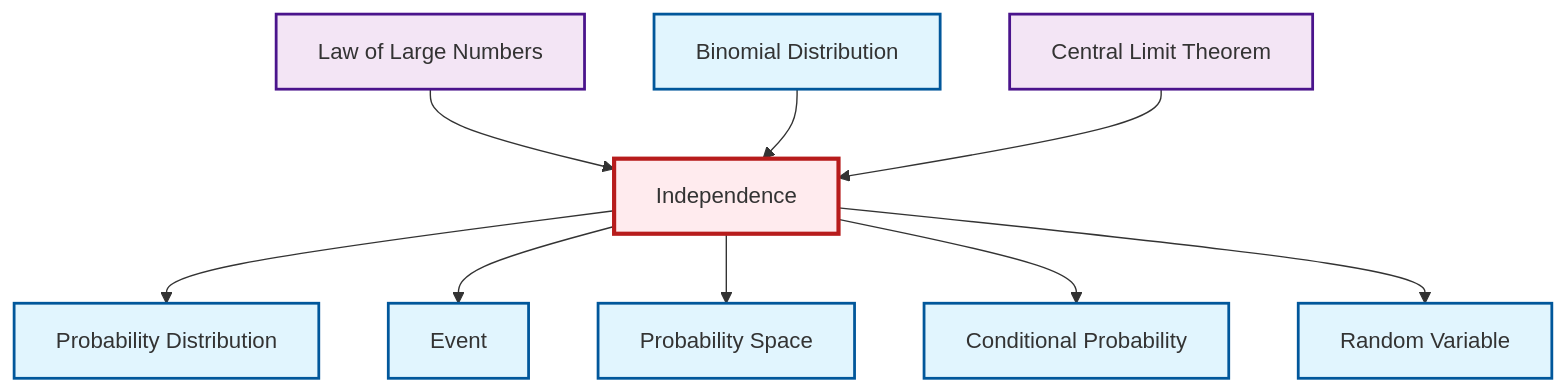
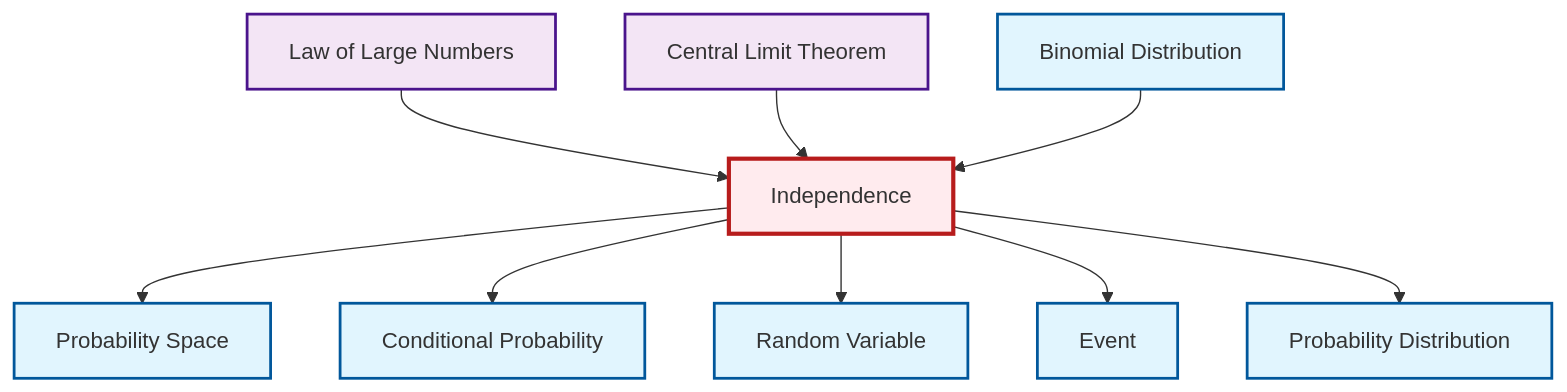
The diagram in output/mermaid/en/def-independence.mermaid (RK0429/ModernMath), drawn with Mermaid before and after one commit. The commit also changed other lines of this file and 3216 other files, not shown here.

```diff
--- a/output/mermaid/en/def-independence.mermaid
+++ b/output/mermaid/en/def-independence.mermaid
@@ -1,24 +1,24 @@
 graph TD
     classDef definition fill:#e1f5fe,stroke:#01579b,stroke-width:2px
     classDef theorem fill:#f3e5f5,stroke:#4a148c,stroke-width:2px
     classDef axiom fill:#fff3e0,stroke:#e65100,stroke-width:2px
     classDef example fill:#e8f5e9,stroke:#1b5e20,stroke-width:2px
     classDef current fill:#ffebee,stroke:#b71c1c,stroke-width:3px
+    def-independence["Independence"]:::definition
+    thm-law-of-large-numbers["Law of Large Numbers"]:::theorem
     def-binomial-distribution["Binomial Distribution"]:::definition
+    def-conditional-probability["Conditional Probability"]:::definition
     def-event["Event"]:::definition
+    def-random-variable["Random Variable"]:::definition
+    def-probability-distribution["Probability Distribution"]:::definition
     def-probability-space["Probability Space"]:::definition
-    thm-law-of-large-numbers["Law of Large Numbers"]:::theorem
-    def-independence["Independence"]:::definition
-    def-conditional-probability["Conditional Probability"]:::definition
-    def-probability-distribution["Probability Distribution"]:::definition
-    def-random-variable["Random Variable"]:::definition
     thm-central-limit["Central Limit Theorem"]:::theorem
+    def-independence --> def-probability-space
+    thm-law-of-large-numbers --> def-independence
+    def-independence --> def-conditional-probability
+    thm-central-limit --> def-independence
+    def-binomial-distribution --> def-independence
+    def-independence --> def-random-variable
+    def-independence --> def-event
     def-independence --> def-probability-distribution
-    def-independence --> def-event
-    def-independence --> def-probability-space
-    def-independence --> def-conditional-probability
-    def-independence --> def-random-variable
-    thm-law-of-large-numbers --> def-independence
-    def-binomial-distribution --> def-independence
-    thm-central-limit --> def-independence
     class def-independence current
```
